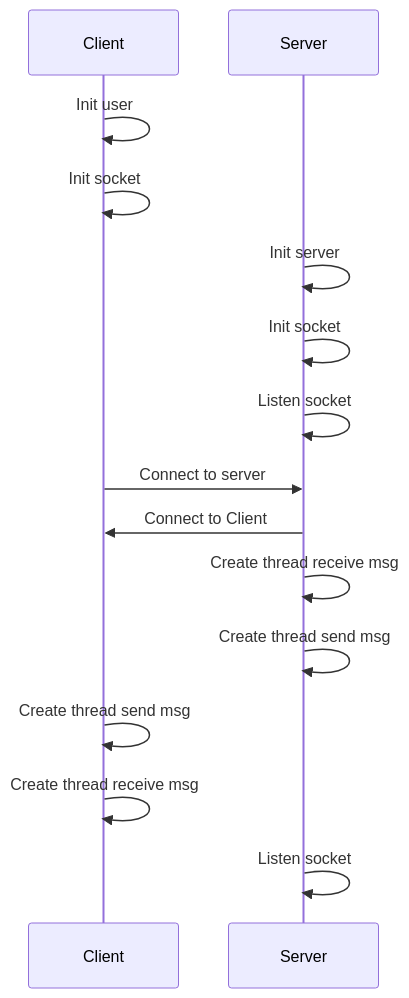
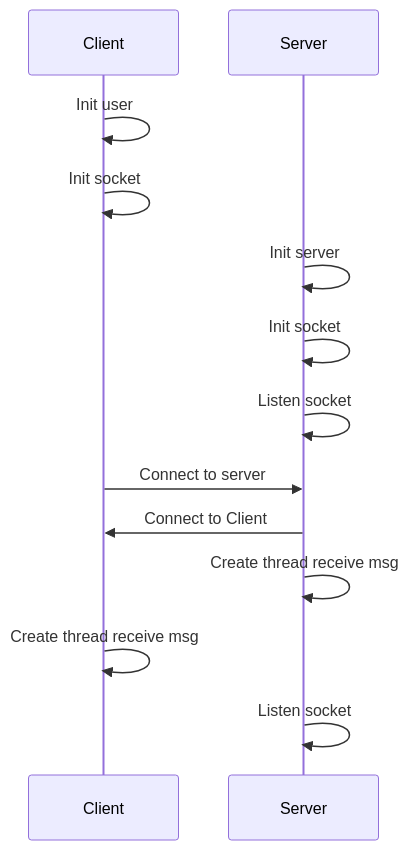
The first of 2 diagrams in doc/Process.md (ThousandPine/PineChat), drawn with Mermaid before and after one commit. The commit also changed other lines of this file, not shown here.

````diff
--- a/doc/Process.md
+++ b/doc/Process.md
@@ -5,21 +5,19 @@
 ```mermaid
 sequenceDiagram
 	Client ->> Client : Init user
 	Client ->> Client : Init socket
 
 	Server ->> Server : Init server
 	Server ->> Server : Init socket
 	
 	Server ->> Server : Listen socket
 
 	Client ->> Server : Connect to server
 	Server ->> Client : Connect to Client
 
 	Server ->> Server : Create thread receive msg
-	Server ->> Server : Create thread send msg
 
-	Client ->> Client : Create thread send msg
 	Client ->> Client : Create thread receive msg
 
 	Server ->> Server : Listen socket
 ```
````
